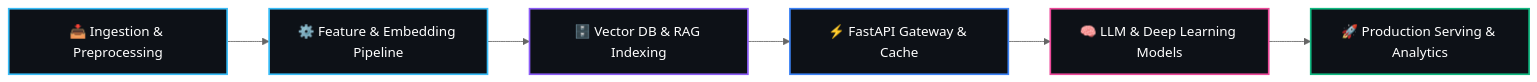
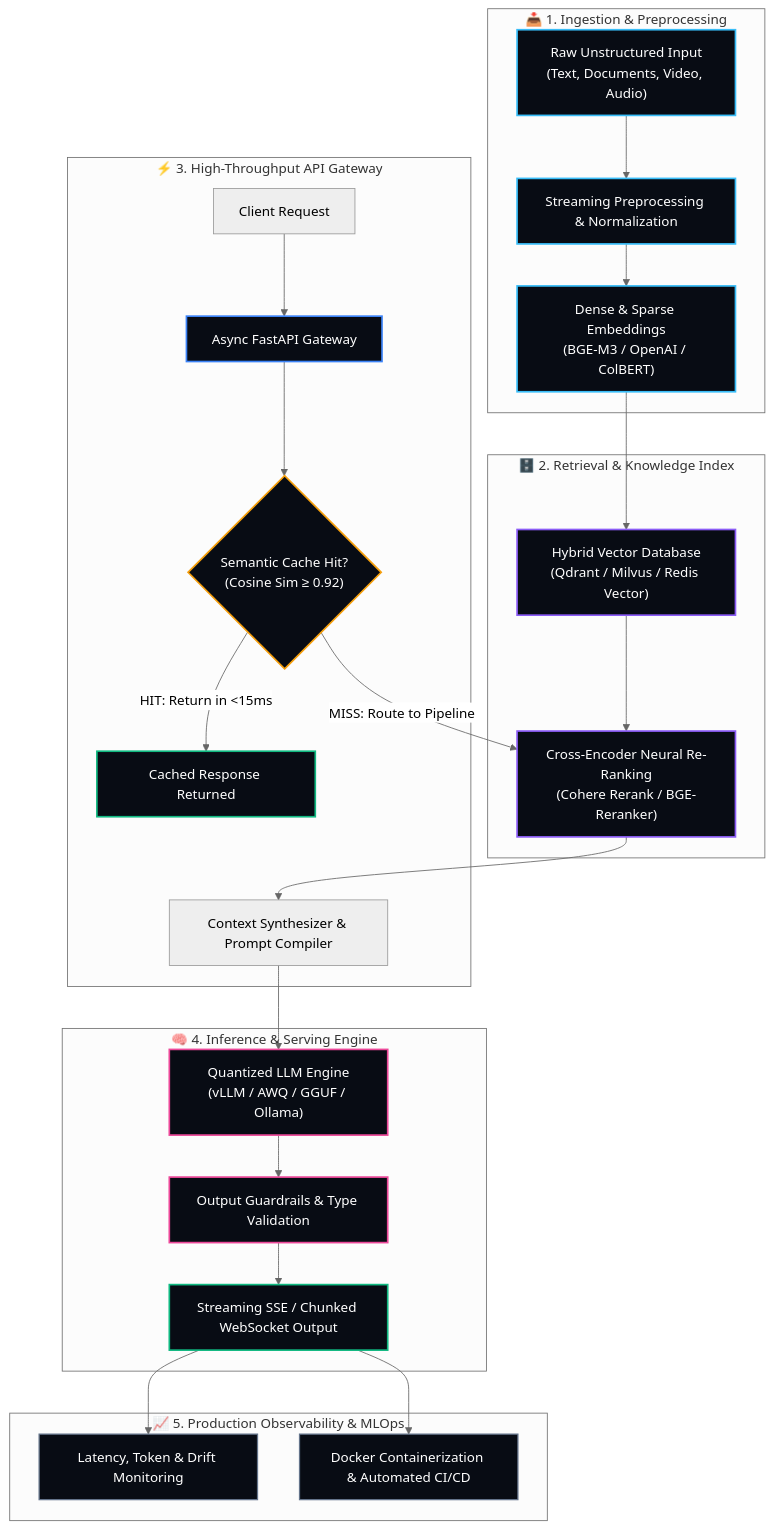
Before and after one commit to Anurag637/Anurag637: the diagram in README.md, drawn with Mermaid (neutral theme). The commit also changed other lines of this file and 5 other files, not shown here.

Commit message:
feat(profile): elite makeover with animated banner, AI cluster telemetry, recruiter fast-track, benchmarks and automated workflows

````diff
--- a/README.md
+++ b/README.md
@@ -58,15 +106,45 @@
 ```mermaid
-graph LR
-    A["📥 Ingestion & Preprocessing"] --> B["⚙️ Feature & Embedding Pipeline"]
-    B --> C["🗄️ Vector DB & RAG Indexing"]
-    C --> D["⚡ FastAPI Gateway & Cache"]
-    D --> E["🧠 LLM & Deep Learning Models"]
-    E --> F["🚀 Production Serving & Analytics"]
+flowchart TD
+    subgraph INGEST ["📥 1. Ingestion & Preprocessing"]
+        A1["Raw Unstructured Input<br/>(Text, Documents, Video, Audio)"] --> A2["Streaming Preprocessing & Normalization"]
+        A2 --> A3["Dense & Sparse Embeddings<br/>(BGE-M3 / OpenAI / ColBERT)"]
+    end
 
-    style A fill:#0d1117,stroke:#38bdf8,stroke-width:2px,color:#fff
-    style B fill:#0d1117,stroke:#38bdf8,stroke-width:2px,color:#fff
-    style C fill:#0d1117,stroke:#8b5cf6,stroke-width:2px,color:#fff
-    style D fill:#0d1117,stroke:#3b82f6,stroke-width:2px,color:#fff
-    style E fill:#0d1117,stroke:#ec4899,stroke-width:2px,color:#fff
-    style F fill:#0d1117,stroke:#10b981,stroke-width:2px,color:#fff
+    subgraph RETRIEVAL ["🗄️ 2. Retrieval & Knowledge Index"]
+        A3 --> B1["Hybrid Vector Database<br/>(Qdrant / Milvus / Redis Vector)"]
+        B1 --> B2["Cross-Encoder Neural Re-Ranking<br/>(Cohere Rerank / BGE-Reranker)"]
+    end
+
+    subgraph GATEWAY ["⚡ 3. High-Throughput API Gateway"]
+        C1["Client Request"] --> C2["Async FastAPI Gateway"]
+        C2 --> C3{"Semantic Cache Hit?<br/>(Cosine Sim &ge; 0.92)"}
+        C3 -- "HIT: Return in &lt;15ms" --> C4["Cached Response Returned"]
+        C3 -- "MISS: Route to Pipeline" --> B2
+        B2 --> C5["Context Synthesizer & Prompt Compiler"]
+    end
+
+    subgraph INFERENCE ["🧠 4. Inference & Serving Engine"]
+        C5 --> D1["Quantized LLM Engine<br/>(vLLM / AWQ / GGUF / Ollama)"]
+        D1 --> D2["Output Guardrails & Type Validation"]
+        D2 --> D3["Streaming SSE / Chunked WebSocket Output"]
+    end
+
+    subgraph OPS ["📈 5. Production Observability & MLOps"]
+        D3 --> E1["Latency, Token & Drift Monitoring"]
+        D3 --> E2["Docker Containerization & Automated CI/CD"]
+    end
+
+    style A1 fill:#080c14,stroke:#38bdf8,stroke-width:2px,color:#fff
+    style A2 fill:#080c14,stroke:#38bdf8,stroke-width:2px,color:#fff
+    style A3 fill:#080c14,stroke:#38bdf8,stroke-width:2px,color:#fff
+    style B1 fill:#080c14,stroke:#8b5cf6,stroke-width:2px,color:#fff
+    style B2 fill:#080c14,stroke:#8b5cf6,stroke-width:2px,color:#fff
+    style C2 fill:#080c14,stroke:#3b82f6,stroke-width:2px,color:#fff
+    style C3 fill:#080c14,stroke:#f59e0b,stroke-width:2px,color:#fff
+    style C4 fill:#080c14,stroke:#10b981,stroke-width:2px,color:#fff
+    style D1 fill:#080c14,stroke:#ec4899,stroke-width:2px,color:#fff
+    style D2 fill:#080c14,stroke:#ec4899,stroke-width:2px,color:#fff
+    style D3 fill:#080c14,stroke:#10b981,stroke-width:2px,color:#fff
+    style E1 fill:#080c14,stroke:#64748b,stroke-width:1.5px,color:#fff
+    style E2 fill:#080c14,stroke:#64748b,stroke-width:1.5px,color:#fff
 ```
````
